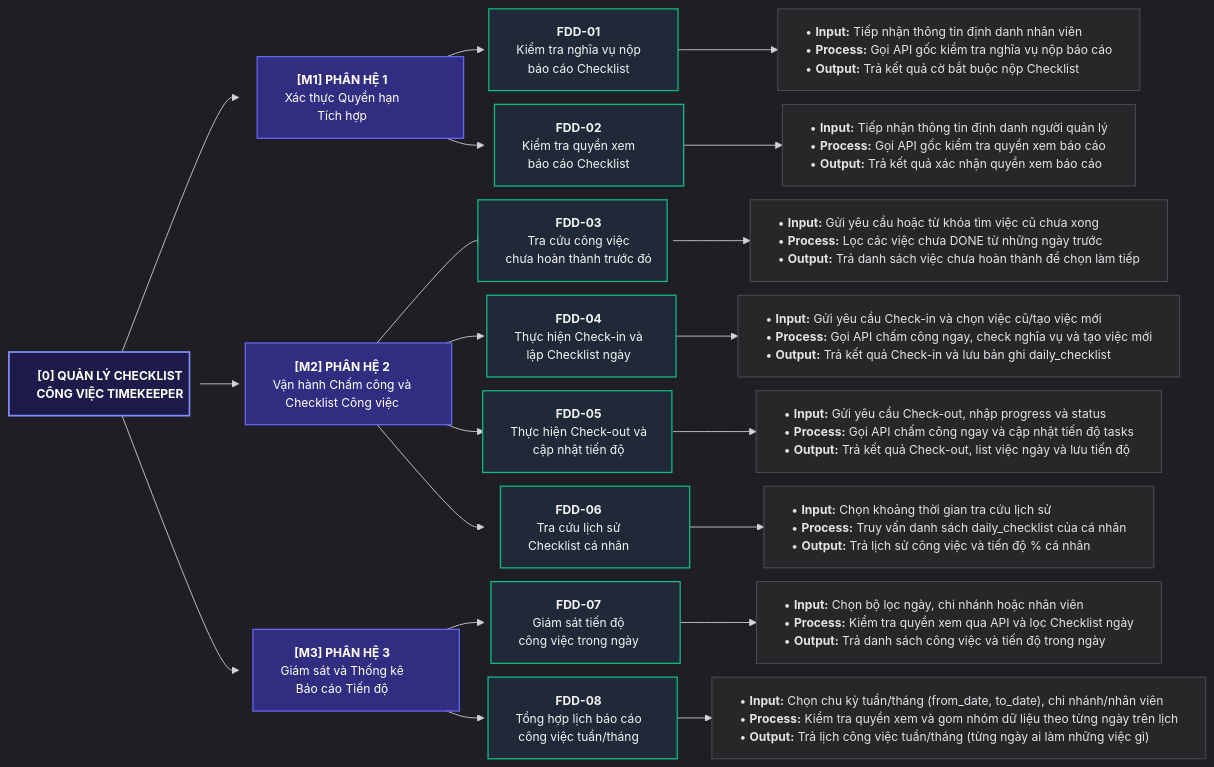
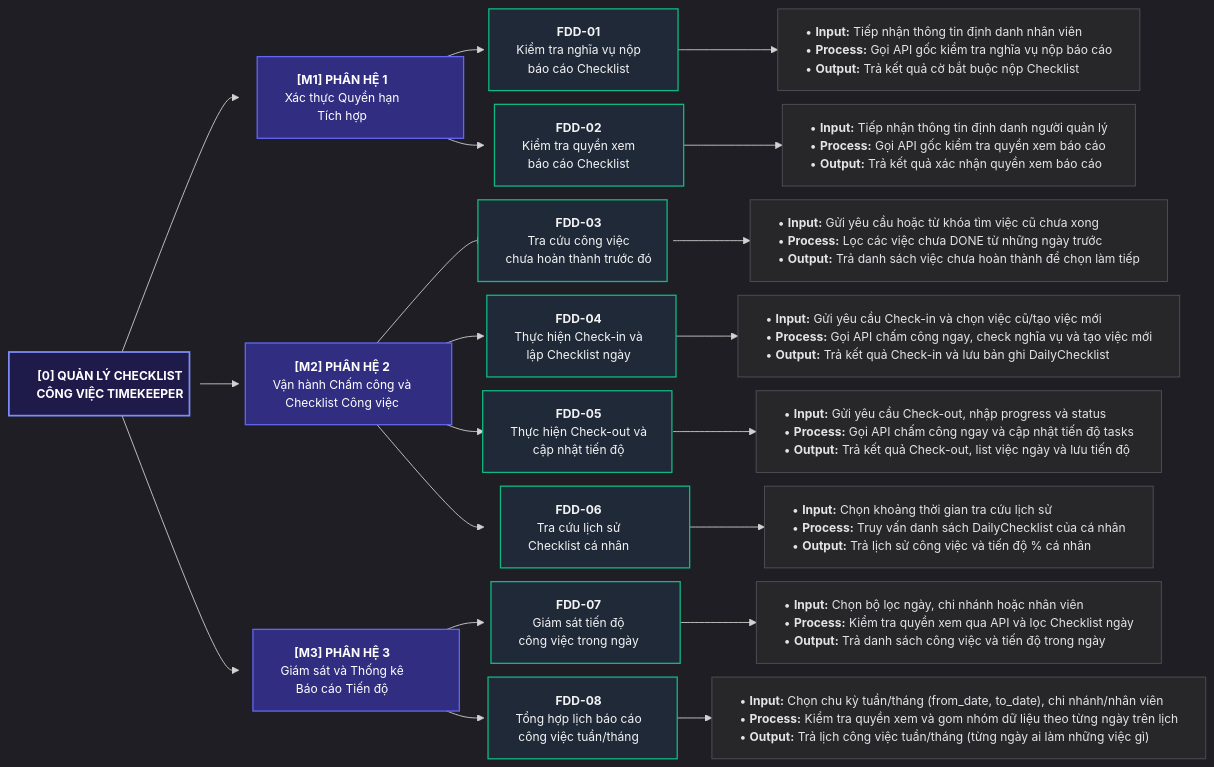
Before and after one commit to hungnm3112/project-timekeeper: the diagram in md/analysis/4-fdd-and-rbac.md, drawn with Mermaid. The commit also changed other lines of this file and 10 other files, not shown here.

````diff
--- a/md/analysis/4-fdd-and-rbac.md
+++ b/md/analysis/4-fdd-and-rbac.md
@@ -24,64 +24,64 @@
 ```mermaid
 %%{init: {
   'theme': 'dark',
   'themeVariables': { 'fontSize': '14px' },
   'flowchart': {
     'rankSpacing': 45,
     'nodeSpacing': 16,
     'padding': 16
   }
 }}%%
 flowchart LR
     %% Cấp 0: Root Node
     ROOT["<b>[0] QUẢN LÝ CHECKLIST<br/>CÔNG VIỆC TIMEKEEPER</b>"]
 
     %% Cấp 1: Các Phân hệ lớn (Động từ + Danh từ)
     M1["<b>[M1] PHÂN HỆ 1</b><br/>Xác thực Quyền hạn<br/>Tích hợp"]
     M2["<b>[M2] PHÂN HỆ 2</b><br/>Vận hành Chấm công và<br/>Checklist Công việc"]
     M3["<b>[M3] PHÂN HỆ 3</b><br/>Giám sát và Thống kê<br/>Báo cáo Tiến độ"]
 
     ROOT --> M1
     ROOT --> M2
     ROOT --> M3
 
     %% Cấp 2: Chức năng nghiệp vụ đơn nhiệm (Động từ + Danh từ)
     F01["<b>FDD-01</b><br/>Kiểm tra nghĩa vụ nộp<br/>báo cáo Checklist"]
     F02["<b>FDD-02</b><br/>Kiểm tra quyền xem<br/>báo cáo Checklist"]
     M1 --> F01
     M1 --> F02
 
     F03["<b>FDD-03</b><br/>Tra cứu công việc<br/>chưa hoàn thành trước đó"]
     F04["<b>FDD-04</b><br/>Thực hiện Check-in và<br/>lập Checklist ngày"]
     F05["<b>FDD-05</b><br/>Thực hiện Check-out và<br/>cập nhật tiến độ"]
     F06["<b>FDD-06</b><br/>Tra cứu lịch sử<br/>Checklist cá nhân"]
     M2 --> F03
     M2 --> F04
     M2 --> F05
     M2 --> F06
 
     F07["<b>FDD-07</b><br/>Giám sát tiến độ<br/>công việc trong ngày"]
     F08["<b>FDD-08</b><br/>Tổng hợp lịch báo cáo<br/>công việc tuần/tháng"]
     M3 --> F07
     M3 --> F08
 
     %% Cấp 3: Tác vụ chi tiết - Nhịp IPO (Động từ + Danh từ)
     F01 --> IPO01["• <b>Input:</b> Tiếp nhận thông tin định danh nhân viên<br/>• <b>Process:</b> Gọi API gốc kiểm tra nghĩa vụ nộp báo cáo<br/>• <b>Output:</b> Trả kết quả cờ bắt buộc nộp Checklist"]
     F02 --> IPO02["• <b>Input:</b> Tiếp nhận thông tin định danh người quản lý<br/>• <b>Process:</b> Gọi API gốc kiểm tra quyền xem báo cáo<br/>• <b>Output:</b> Trả kết quả xác nhận quyền xem báo cáo"]
     F03 --> IPO03["• <b>Input:</b> Gửi yêu cầu hoặc từ khóa tìm việc cũ chưa xong<br/>• <b>Process:</b> Lọc các việc chưa DONE từ những ngày trước<br/>• <b>Output:</b> Trả danh sách việc chưa hoàn thành để chọn làm tiếp"]
-    F04 --> IPO04["• <b>Input:</b> Gửi yêu cầu Check-in và chọn việc cũ/tạo việc mới<br/>• <b>Process:</b> Gọi API chấm công ngay, check nghĩa vụ và tạo việc mới<br/>• <b>Output:</b> Trả kết quả Check-in và lưu bản ghi daily_checklist"]
+    F04 --> IPO04["• <b>Input:</b> Gửi yêu cầu Check-in và chọn việc cũ/tạo việc mới<br/>• <b>Process:</b> Gọi API chấm công ngay, check nghĩa vụ và tạo việc mới<br/>• <b>Output:</b> Trả kết quả Check-in và lưu bản ghi DailyChecklist"]
     F05 --> IPO05["• <b>Input:</b> Gửi yêu cầu Check-out, nhập progress và status<br/>• <b>Process:</b> Gọi API chấm công ngay và cập nhật tiến độ tasks<br/>• <b>Output:</b> Trả kết quả Check-out, list việc ngày và lưu tiến độ"]
-    F06 --> IPO06["• <b>Input:</b> Chọn khoảng thời gian tra cứu lịch sử<br/>• <b>Process:</b> Truy vấn danh sách daily_checklist của cá nhân<br/>• <b>Output:</b> Trả lịch sử công việc và tiến độ % cá nhân"]
+    F06 --> IPO06["• <b>Input:</b> Chọn khoảng thời gian tra cứu lịch sử<br/>• <b>Process:</b> Truy vấn danh sách DailyChecklist của cá nhân<br/>• <b>Output:</b> Trả lịch sử công việc và tiến độ % cá nhân"]
     F07 --> IPO07["• <b>Input:</b> Chọn bộ lọc ngày, chi nhánh hoặc nhân viên<br/>• <b>Process:</b> Kiểm tra quyền xem qua API và lọc Checklist ngày<br/>• <b>Output:</b> Trả danh sách công việc và tiến độ trong ngày"]
     F08 --> IPO08["• <b>Input:</b> Chọn chu kỳ tuần/tháng (from_date, to_date), chi nhánh/nhân viên<br/>• <b>Process:</b> Kiểm tra quyền xem và gom nhóm dữ liệu theo từng ngày trên lịch<br/>• <b>Output:</b> Trả lịch công việc tuần/tháng (từng ngày ai làm những việc gì)"]
 
     %% Cố định kích thước khung và độ rộng 4 cột
     classDef rootNode fill:#1e1b4b,stroke:#818cf8,stroke-width:2px,color:#ffffff,width:210px;
     classDef moduleNode fill:#312e81,stroke:#6366f1,stroke-width:1.5px,color:#ffffff,width:240px;
     classDef funcNode fill:#1f2937,stroke:#10b981,stroke-width:1.5px,color:#f4f4f5,width:220px;
     classDef ipoNode fill:#27272a,stroke:#52525b,stroke-width:1px,color:#e4e4e7,text-align:left,white-space:nowrap;
 
     class ROOT rootNode;
     class M1,M2,M3 moduleNode;
     class F01,F02,F03,F04,F05,F06,F07,F08 funcNode;
     class IPO01,IPO02,IPO03,IPO04,IPO05,IPO06,IPO07,IPO08 ipoNode;
 ```
````
